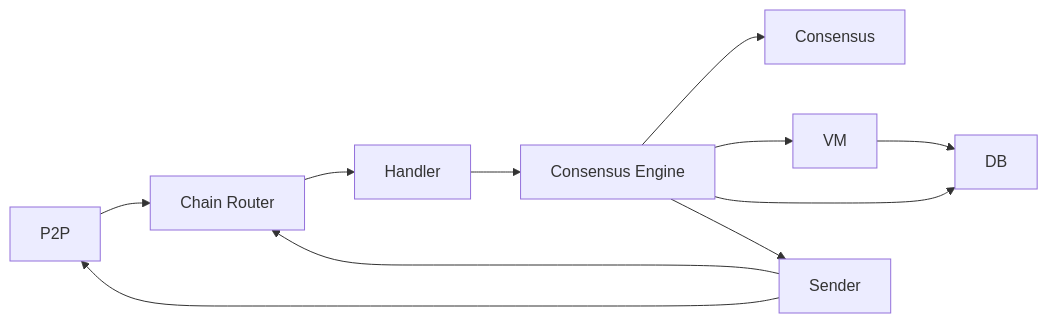
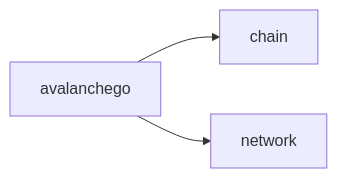
Before and after one commit to ava-labs/avalanchego: the diagram in api/metrics/README.md, drawn with Mermaid.

````diff
--- a/api/metrics/README.md
+++ b/api/metrics/README.md
@@ -3,13 +3,5 @@
 ```mermaid
 graph LR
-    A[P2P] --> B[Chain Router]
-    B --> C[Handler]
-    C --> D[Consensus Engine]
-    D --> E[Consensus]
-    D --> F[VM]
-    D --> G[DB]
-    D --> I[Sender]
-    F --> G
-    I --> A
-    I --> B 
+    A[avalanchego] --> B[chain]
+    A --> C[network]
 ```
````
